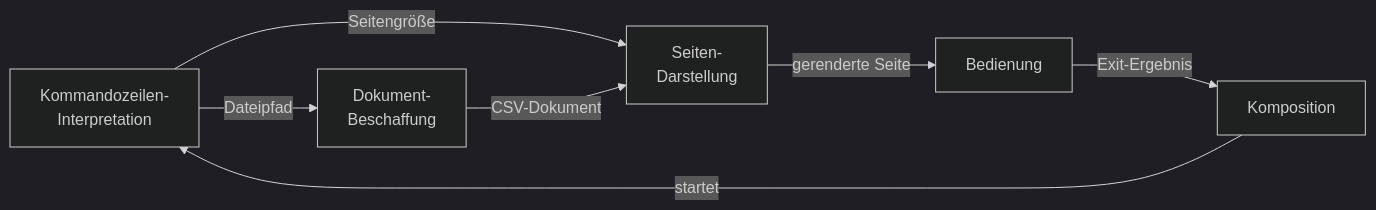
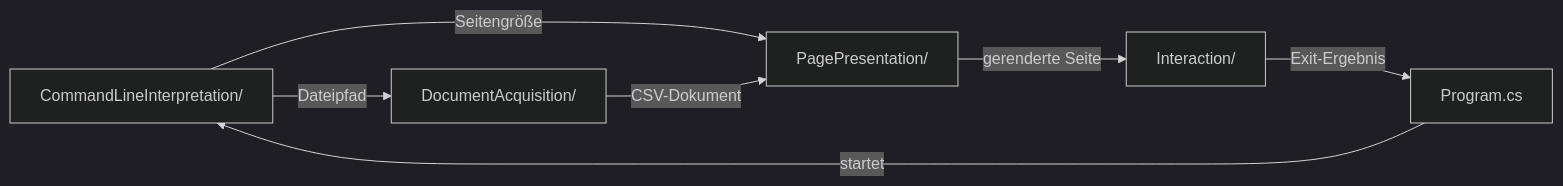
One commit to stho32/CCD-csvviewer-2026 changed the second of 2 diagrams in Architektur-Karte.md. Above: the diagram before and after it, drawn with Mermaid (dark theme). The commit also changed other lines of this file and 14 other files, not shown here.

````diff
--- a/Architektur-Karte.md
+++ b/Architektur-Karte.md
@@ -56,14 +76,14 @@
 ```mermaid
 flowchart LR
-  A00007["Kommandozeilen-<br/>Interpretation"]
-  A00003["Dokument-<br/>Beschaffung"]
-  A00004["Seiten-<br/>Darstellung"]
-  A00005["Bedienung"]
-  A00006["Komposition"]
+  A00007["CommandLineInterpretation/"]
+  A00003["DocumentAcquisition/"]
+  A00004["PagePresentation/"]
+  A00005["Interaction/"]
+  A00006["Program.cs"]
   A00006 -- "startet" --> A00007
   A00007 -- "Dateipfad" --> A00003
   A00007 -- "Seitengröße" --> A00004
   A00003 -- "CSV-Dokument" --> A00004
   A00004 -- "gerenderte Seite" --> A00005
   A00005 -- "Exit-Ergebnis" --> A00006
 ```
````
